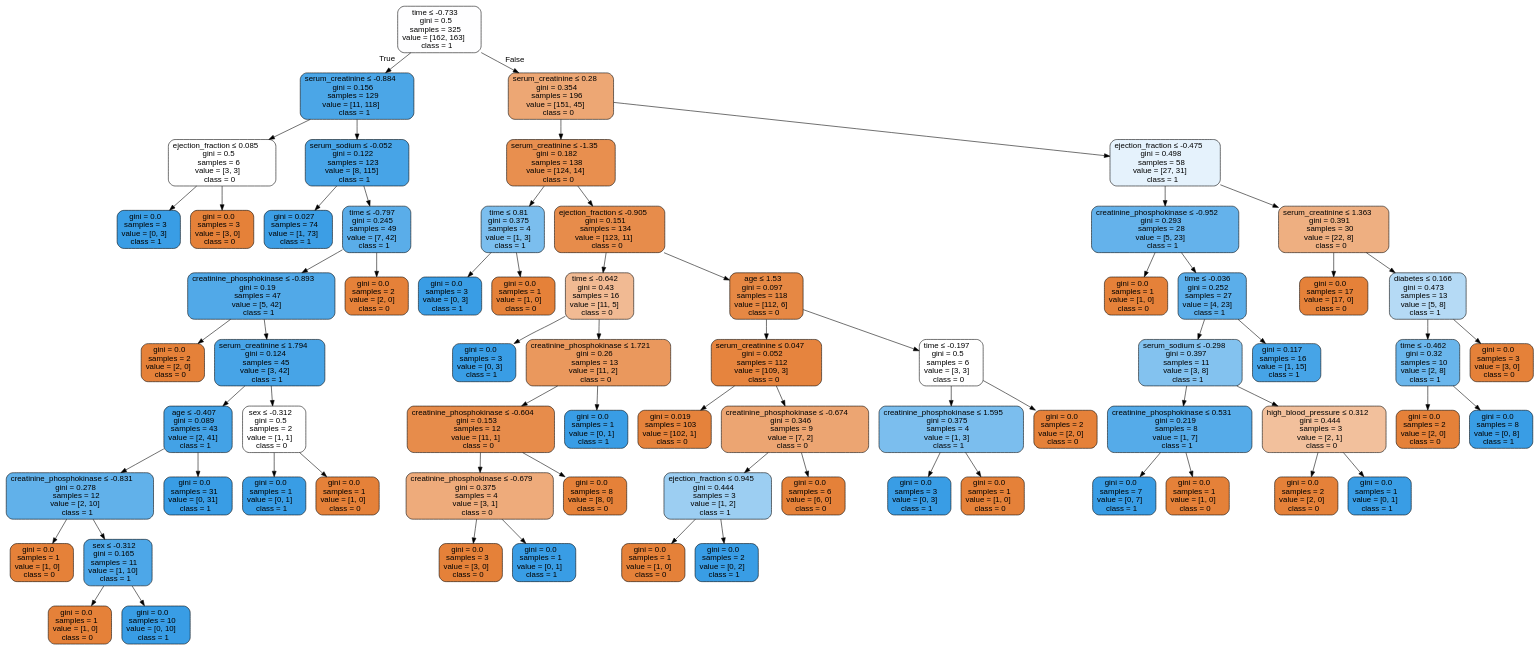
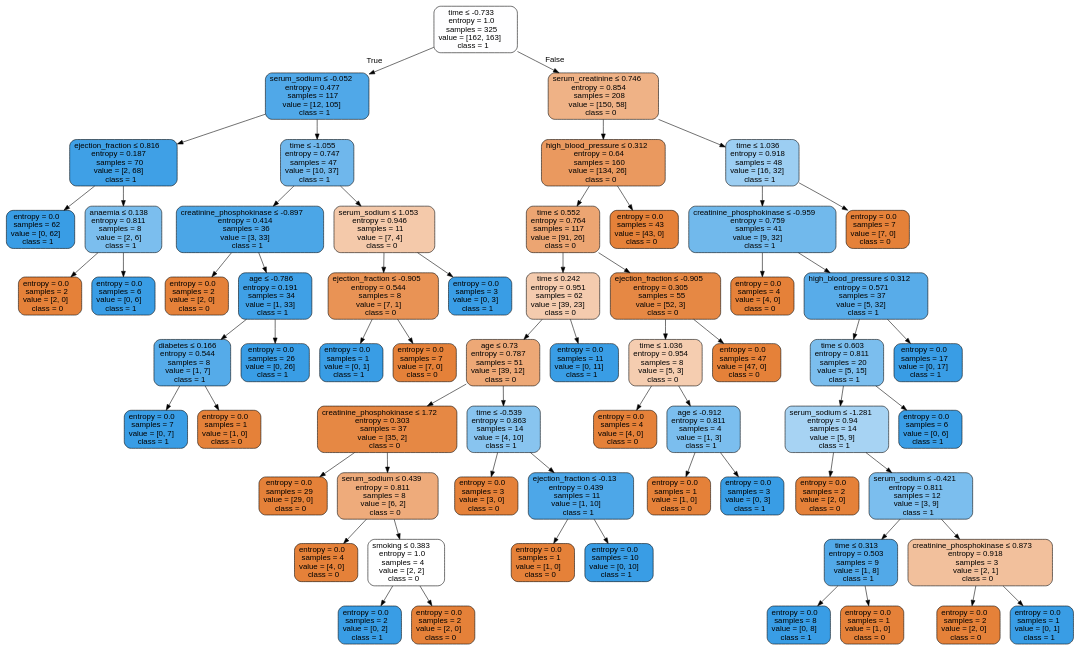
Before and after one commit to isabelSoares/CD-2021: the diagram in Labs/Results/DecisionTrees/FeatureEng/OverSample/HFCR - OverSample - dtree.dot, drawn with Graphviz. The commit also changed 132 other files, not shown here.

```diff
--- a/Labs/Results/DecisionTrees/FeatureEng/OverSample/HFCR - OverSample - dtree.dot
+++ b/Labs/Results/DecisionTrees/FeatureEng/OverSample/HFCR - OverSample - dtree.dot
@@ -1,141 +1,129 @@
 digraph Tree {
 node [shape=box, style="filled, rounded", color="black", fontname=helvetica] ;
 edge [fontname=helvetica] ;
-0 [label=<time &le; -0.733<br/>gini = 0.5<br/>samples = 325<br/>value = [162, 163]<br/>class = 1>, fillcolor="#fefeff"] ;
-1 [label=<serum_creatinine &le; -0.884<br/>gini = 0.156<br/>samples = 129<br/>value = [11, 118]<br/>class = 1>, fillcolor="#4ba6e7"] ;
+0 [label=<time &le; -0.733<br/>entropy = 1.0<br/>samples = 325<br/>value = [162, 163]<br/>class = 1>, fillcolor="#fefeff"] ;
+1 [label=<serum_sodium &le; -0.052<br/>entropy = 0.477<br/>samples = 117<br/>value = [12, 105]<br/>class = 1>, fillcolor="#50a8e8"] ;
 0 -> 1 [labeldistance=2.5, labelangle=45, headlabel="True"] ;
-2 [label=<ejection_fraction &le; 0.085<br/>gini = 0.5<br/>samples = 6<br/>value = [3, 3]<br/>class = 0>, fillcolor="#ffffff"] ;
+2 [label=<ejection_fraction &le; 0.816<br/>entropy = 0.187<br/>samples = 70<br/>value = [2, 68]<br/>class = 1>, fillcolor="#3fa0e6"] ;
 1 -> 2 ;
-3 [label=<gini = 0.0<br/>samples = 3<br/>value = [0, 3]<br/>class = 1>, fillcolor="#399de5"] ;
+3 [label=<entropy = 0.0<br/>samples = 62<br/>value = [0, 62]<br/>class = 1>, fillcolor="#399de5"] ;
 2 -> 3 ;
-4 [label=<gini = 0.0<br/>samples = 3<br/>value = [3, 0]<br/>class = 0>, fillcolor="#e58139"] ;
+4 [label=<anaemia &le; 0.138<br/>entropy = 0.811<br/>samples = 8<br/>value = [2, 6]<br/>class = 1>, fillcolor="#7bbeee"] ;
 2 -> 4 ;
-5 [label=<serum_sodium &le; -0.052<br/>gini = 0.122<br/>samples = 123<br/>value = [8, 115]<br/>class = 1>, fillcolor="#47a4e7"] ;
-1 -> 5 ;
-6 [label=<gini = 0.027<br/>samples = 74<br/>value = [1, 73]<br/>class = 1>, fillcolor="#3c9ee5"] ;
-5 -> 6 ;
-7 [label=<time &le; -0.797<br/>gini = 0.245<br/>samples = 49<br/>value = [7, 42]<br/>class = 1>, fillcolor="#5aade9"] ;
-5 -> 7 ;
-8 [label=<creatinine_phosphokinase &le; -0.893<br/>gini = 0.19<br/>samples = 47<br/>value = [5, 42]<br/>class = 1>, fillcolor="#51a9e8"] ;
+5 [label=<entropy = 0.0<br/>samples = 2<br/>value = [2, 0]<br/>class = 0>, fillcolor="#e58139"] ;
+4 -> 5 ;
+6 [label=<entropy = 0.0<br/>samples = 6<br/>value = [0, 6]<br/>class = 1>, fillcolor="#399de5"] ;
+4 -> 6 ;
+7 [label=<time &le; -1.055<br/>entropy = 0.747<br/>samples = 47<br/>value = [10, 37]<br/>class = 1>, fillcolor="#6fb7ec"] ;
+1 -> 7 ;
+8 [label=<creatinine_phosphokinase &le; -0.897<br/>entropy = 0.414<br/>samples = 36<br/>value = [3, 33]<br/>class = 1>, fillcolor="#4ba6e7"] ;
 7 -> 8 ;
-9 [label=<gini = 0.0<br/>samples = 2<br/>value = [2, 0]<br/>class = 0>, fillcolor="#e58139"] ;
+9 [label=<entropy = 0.0<br/>samples = 2<br/>value = [2, 0]<br/>class = 0>, fillcolor="#e58139"] ;
 8 -> 9 ;
-10 [label=<serum_creatinine &le; 1.794<br/>gini = 0.124<br/>samples = 45<br/>value = [3, 42]<br/>class = 1>, fillcolor="#47a4e7"] ;
+10 [label=<age &le; -0.786<br/>entropy = 0.191<br/>samples = 34<br/>value = [1, 33]<br/>class = 1>, fillcolor="#3fa0e6"] ;
 8 -> 10 ;
-11 [label=<age &le; -0.407<br/>gini = 0.089<br/>samples = 43<br/>value = [2, 41]<br/>class = 1>, fillcolor="#43a2e6"] ;
+11 [label=<diabetes &le; 0.166<br/>entropy = 0.544<br/>samples = 8<br/>value = [1, 7]<br/>class = 1>, fillcolor="#55abe9"] ;
 10 -> 11 ;
-12 [label=<creatinine_phosphokinase &le; -0.831<br/>gini = 0.278<br/>samples = 12<br/>value = [2, 10]<br/>class = 1>, fillcolor="#61b1ea"] ;
+12 [label=<entropy = 0.0<br/>samples = 7<br/>value = [0, 7]<br/>class = 1>, fillcolor="#399de5"] ;
 11 -> 12 ;
-13 [label=<gini = 0.0<br/>samples = 1<br/>value = [1, 0]<br/>class = 0>, fillcolor="#e58139"] ;
-12 -> 13 ;
-14 [label=<sex &le; -0.312<br/>gini = 0.165<br/>samples = 11<br/>value = [1, 10]<br/>class = 1>, fillcolor="#4da7e8"] ;
-12 -> 14 ;
-15 [label=<gini = 0.0<br/>samples = 1<br/>value = [1, 0]<br/>class = 0>, fillcolor="#e58139"] ;
-14 -> 15 ;
-16 [label=<gini = 0.0<br/>samples = 10<br/>value = [0, 10]<br/>class = 1>, fillcolor="#399de5"] ;
-14 -> 16 ;
-17 [label=<gini = 0.0<br/>samples = 31<br/>value = [0, 31]<br/>class = 1>, fillcolor="#399de5"] ;
-11 -> 17 ;
-18 [label=<sex &le; -0.312<br/>gini = 0.5<br/>samples = 2<br/>value = [1, 1]<br/>class = 0>, fillcolor="#ffffff"] ;
-10 -> 18 ;
-19 [label=<gini = 0.0<br/>samples = 1<br/>value = [0, 1]<br/>class = 1>, fillcolor="#399de5"] ;
-18 -> 19 ;
-20 [label=<gini = 0.0<br/>samples = 1<br/>value = [1, 0]<br/>class = 0>, fillcolor="#e58139"] ;
-18 -> 20 ;
-21 [label=<gini = 0.0<br/>samples = 2<br/>value = [2, 0]<br/>class = 0>, fillcolor="#e58139"] ;
-7 -> 21 ;
-22 [label=<serum_creatinine &le; 0.28<br/>gini = 0.354<br/>samples = 196<br/>value = [151, 45]<br/>class = 0>, fillcolor="#eda774"] ;
-0 -> 22 [labeldistance=2.5, labelangle=-45, headlabel="False"] ;
-23 [label=<serum_creatinine &le; -1.35<br/>gini = 0.182<br/>samples = 138<br/>value = [124, 14]<br/>class = 0>, fillcolor="#e88f4f"] ;
+13 [label=<entropy = 0.0<br/>samples = 1<br/>value = [1, 0]<br/>class = 0>, fillcolor="#e58139"] ;
+11 -> 13 ;
+14 [label=<entropy = 0.0<br/>samples = 26<br/>value = [0, 26]<br/>class = 1>, fillcolor="#399de5"] ;
+10 -> 14 ;
+15 [label=<serum_sodium &le; 1.053<br/>entropy = 0.946<br/>samples = 11<br/>value = [7, 4]<br/>class = 0>, fillcolor="#f4c9aa"] ;
+7 -> 15 ;
+16 [label=<ejection_fraction &le; -0.905<br/>entropy = 0.544<br/>samples = 8<br/>value = [7, 1]<br/>class = 0>, fillcolor="#e99355"] ;
+15 -> 16 ;
+17 [label=<entropy = 0.0<br/>samples = 1<br/>value = [0, 1]<br/>class = 1>, fillcolor="#399de5"] ;
+16 -> 17 ;
+18 [label=<entropy = 0.0<br/>samples = 7<br/>value = [7, 0]<br/>class = 0>, fillcolor="#e58139"] ;
+16 -> 18 ;
+19 [label=<entropy = 0.0<br/>samples = 3<br/>value = [0, 3]<br/>class = 1>, fillcolor="#399de5"] ;
+15 -> 19 ;
+20 [label=<serum_creatinine &le; 0.746<br/>entropy = 0.854<br/>samples = 208<br/>value = [150, 58]<br/>class = 0>, fillcolor="#efb286"] ;
+0 -> 20 [labeldistance=2.5, labelangle=-45, headlabel="False"] ;
+21 [label=<high_blood_pressure &le; 0.312<br/>entropy = 0.64<br/>samples = 160<br/>value = [134, 26]<br/>class = 0>, fillcolor="#ea995f"] ;
+20 -> 21 ;
+22 [label=<time &le; 0.552<br/>entropy = 0.764<br/>samples = 117<br/>value = [91, 26]<br/>class = 0>, fillcolor="#eca572"] ;
+21 -> 22 ;
+23 [label=<time &le; 0.242<br/>entropy = 0.951<br/>samples = 62<br/>value = [39, 23]<br/>class = 0>, fillcolor="#f4cbae"] ;
 22 -> 23 ;
-24 [label=<time &le; 0.81<br/>gini = 0.375<br/>samples = 4<br/>value = [1, 3]<br/>class = 1>, fillcolor="#7bbeee"] ;
+24 [label=<age &le; 0.73<br/>entropy = 0.787<br/>samples = 51<br/>value = [39, 12]<br/>class = 0>, fillcolor="#eda876"] ;
 23 -> 24 ;
-25 [label=<gini = 0.0<br/>samples = 3<br/>value = [0, 3]<br/>class = 1>, fillcolor="#399de5"] ;
+25 [label=<creatinine_phosphokinase &le; 1.72<br/>entropy = 0.303<br/>samples = 37<br/>value = [35, 2]<br/>class = 0>, fillcolor="#e68844"] ;
 24 -> 25 ;
-26 [label=<gini = 0.0<br/>samples = 1<br/>value = [1, 0]<br/>class = 0>, fillcolor="#e58139"] ;
-24 -> 26 ;
-27 [label=<ejection_fraction &le; -0.905<br/>gini = 0.151<br/>samples = 134<br/>value = [123, 11]<br/>class = 0>, fillcolor="#e78c4b"] ;
-23 -> 27 ;
-28 [label=<time &le; -0.642<br/>gini = 0.43<br/>samples = 16<br/>value = [11, 5]<br/>class = 0>, fillcolor="#f1ba93"] ;
+26 [label=<entropy = 0.0<br/>samples = 29<br/>value = [29, 0]<br/>class = 0>, fillcolor="#e58139"] ;
+25 -> 26 ;
+27 [label=<serum_sodium &le; 0.439<br/>entropy = 0.811<br/>samples = 8<br/>value = [6, 2]<br/>class = 0>, fillcolor="#eeab7b"] ;
+25 -> 27 ;
+28 [label=<entropy = 0.0<br/>samples = 4<br/>value = [4, 0]<br/>class = 0>, fillcolor="#e58139"] ;
 27 -> 28 ;
-29 [label=<gini = 0.0<br/>samples = 3<br/>value = [0, 3]<br/>class = 1>, fillcolor="#399de5"] ;
-28 -> 29 ;
-30 [label=<creatinine_phosphokinase &le; 1.721<br/>gini = 0.26<br/>samples = 13<br/>value = [11, 2]<br/>class = 0>, fillcolor="#ea985d"] ;
-28 -> 30 ;
-31 [label=<creatinine_phosphokinase &le; -0.604<br/>gini = 0.153<br/>samples = 12<br/>value = [11, 1]<br/>class = 0>, fillcolor="#e78c4b"] ;
-30 -> 31 ;
-32 [label=<creatinine_phosphokinase &le; -0.679<br/>gini = 0.375<br/>samples = 4<br/>value = [3, 1]<br/>class = 0>, fillcolor="#eeab7b"] ;
-31 -> 32 ;
-33 [label=<gini = 0.0<br/>samples = 3<br/>value = [3, 0]<br/>class = 0>, fillcolor="#e58139"] ;
+29 [label=<smoking &le; 0.383<br/>entropy = 1.0<br/>samples = 4<br/>value = [2, 2]<br/>class = 0>, fillcolor="#ffffff"] ;
+27 -> 29 ;
+30 [label=<entropy = 0.0<br/>samples = 2<br/>value = [0, 2]<br/>class = 1>, fillcolor="#399de5"] ;
+29 -> 30 ;
+31 [label=<entropy = 0.0<br/>samples = 2<br/>value = [2, 0]<br/>class = 0>, fillcolor="#e58139"] ;
+29 -> 31 ;
+32 [label=<time &le; -0.539<br/>entropy = 0.863<br/>samples = 14<br/>value = [4, 10]<br/>class = 1>, fillcolor="#88c4ef"] ;
+24 -> 32 ;
+33 [label=<entropy = 0.0<br/>samples = 3<br/>value = [3, 0]<br/>class = 0>, fillcolor="#e58139"] ;
 32 -> 33 ;
-34 [label=<gini = 0.0<br/>samples = 1<br/>value = [0, 1]<br/>class = 1>, fillcolor="#399de5"] ;
+34 [label=<ejection_fraction &le; -0.13<br/>entropy = 0.439<br/>samples = 11<br/>value = [1, 10]<br/>class = 1>, fillcolor="#4da7e8"] ;
 32 -> 34 ;
-35 [label=<gini = 0.0<br/>samples = 8<br/>value = [8, 0]<br/>class = 0>, fillcolor="#e58139"] ;
-31 -> 35 ;
-36 [label=<gini = 0.0<br/>samples = 1<br/>value = [0, 1]<br/>class = 1>, fillcolor="#399de5"] ;
-30 -> 36 ;
-37 [label=<age &le; 1.53<br/>gini = 0.097<br/>samples = 118<br/>value = [112, 6]<br/>class = 0>, fillcolor="#e68844"] ;
-27 -> 37 ;
-38 [label=<serum_creatinine &le; 0.047<br/>gini = 0.052<br/>samples = 112<br/>value = [109, 3]<br/>class = 0>, fillcolor="#e6843e"] ;
-37 -> 38 ;
-39 [label=<gini = 0.019<br/>samples = 103<br/>value = [102, 1]<br/>class = 0>, fillcolor="#e5823b"] ;
+35 [label=<entropy = 0.0<br/>samples = 1<br/>value = [1, 0]<br/>class = 0>, fillcolor="#e58139"] ;
+34 -> 35 ;
+36 [label=<entropy = 0.0<br/>samples = 10<br/>value = [0, 10]<br/>class = 1>, fillcolor="#399de5"] ;
+34 -> 36 ;
+37 [label=<entropy = 0.0<br/>samples = 11<br/>value = [0, 11]<br/>class = 1>, fillcolor="#399de5"] ;
+23 -> 37 ;
+38 [label=<ejection_fraction &le; -0.905<br/>entropy = 0.305<br/>samples = 55<br/>value = [52, 3]<br/>class = 0>, fillcolor="#e68844"] ;
+22 -> 38 ;
+39 [label=<time &le; 1.036<br/>entropy = 0.954<br/>samples = 8<br/>value = [5, 3]<br/>class = 0>, fillcolor="#f5cdb0"] ;
 38 -> 39 ;
-40 [label=<creatinine_phosphokinase &le; -0.674<br/>gini = 0.346<br/>samples = 9<br/>value = [7, 2]<br/>class = 0>, fillcolor="#eca572"] ;
-38 -> 40 ;
-41 [label=<ejection_fraction &le; 0.945<br/>gini = 0.444<br/>samples = 3<br/>value = [1, 2]<br/>class = 1>, fillcolor="#9ccef2"] ;
-40 -> 41 ;
-42 [label=<gini = 0.0<br/>samples = 1<br/>value = [1, 0]<br/>class = 0>, fillcolor="#e58139"] ;
+40 [label=<entropy = 0.0<br/>samples = 4<br/>value = [4, 0]<br/>class = 0>, fillcolor="#e58139"] ;
+39 -> 40 ;
+41 [label=<age &le; -0.912<br/>entropy = 0.811<br/>samples = 4<br/>value = [1, 3]<br/>class = 1>, fillcolor="#7bbeee"] ;
+39 -> 41 ;
+42 [label=<entropy = 0.0<br/>samples = 1<br/>value = [1, 0]<br/>class = 0>, fillcolor="#e58139"] ;
 41 -> 42 ;
-43 [label=<gini = 0.0<br/>samples = 2<br/>value = [0, 2]<br/>class = 1>, fillcolor="#399de5"] ;
+43 [label=<entropy = 0.0<br/>samples = 3<br/>value = [0, 3]<br/>class = 1>, fillcolor="#399de5"] ;
 41 -> 43 ;
-44 [label=<gini = 0.0<br/>samples = 6<br/>value = [6, 0]<br/>class = 0>, fillcolor="#e58139"] ;
-40 -> 44 ;
-45 [label=<time &le; -0.197<br/>gini = 0.5<br/>samples = 6<br/>value = [3, 3]<br/>class = 0>, fillcolor="#ffffff"] ;
-37 -> 45 ;
-46 [label=<creatinine_phosphokinase &le; 1.595<br/>gini = 0.375<br/>samples = 4<br/>value = [1, 3]<br/>class = 1>, fillcolor="#7bbeee"] ;
-45 -> 46 ;
-47 [label=<gini = 0.0<br/>samples = 3<br/>value = [0, 3]<br/>class = 1>, fillcolor="#399de5"] ;
+44 [label=<entropy = 0.0<br/>samples = 47<br/>value = [47, 0]<br/>class = 0>, fillcolor="#e58139"] ;
+38 -> 44 ;
+45 [label=<entropy = 0.0<br/>samples = 43<br/>value = [43, 0]<br/>class = 0>, fillcolor="#e58139"] ;
+21 -> 45 ;
+46 [label=<time &le; 1.036<br/>entropy = 0.918<br/>samples = 48<br/>value = [16, 32]<br/>class = 1>, fillcolor="#9ccef2"] ;
+20 -> 46 ;
+47 [label=<creatinine_phosphokinase &le; -0.959<br/>entropy = 0.759<br/>samples = 41<br/>value = [9, 32]<br/>class = 1>, fillcolor="#71b9ec"] ;
 46 -> 47 ;
-48 [label=<gini = 0.0<br/>samples = 1<br/>value = [1, 0]<br/>class = 0>, fillcolor="#e58139"] ;
-46 -> 48 ;
-49 [label=<gini = 0.0<br/>samples = 2<br/>value = [2, 0]<br/>class = 0>, fillcolor="#e58139"] ;
-45 -> 49 ;
-50 [label=<ejection_fraction &le; -0.475<br/>gini = 0.498<br/>samples = 58<br/>value = [27, 31]<br/>class = 1>, fillcolor="#e5f2fc"] ;
-22 -> 50 ;
-51 [label=<creatinine_phosphokinase &le; -0.952<br/>gini = 0.293<br/>samples = 28<br/>value = [5, 23]<br/>class = 1>, fillcolor="#64b2eb"] ;
+48 [label=<entropy = 0.0<br/>samples = 4<br/>value = [4, 0]<br/>class = 0>, fillcolor="#e58139"] ;
+47 -> 48 ;
+49 [label=<high_blood_pressure &le; 0.312<br/>entropy = 0.571<br/>samples = 37<br/>value = [5, 32]<br/>class = 1>, fillcolor="#58ace9"] ;
+47 -> 49 ;
+50 [label=<time &le; 0.603<br/>entropy = 0.811<br/>samples = 20<br/>value = [5, 15]<br/>class = 1>, fillcolor="#7bbeee"] ;
+49 -> 50 ;
+51 [label=<serum_sodium &le; -1.281<br/>entropy = 0.94<br/>samples = 14<br/>value = [5, 9]<br/>class = 1>, fillcolor="#a7d3f3"] ;
 50 -> 51 ;
-52 [label=<gini = 0.0<br/>samples = 1<br/>value = [1, 0]<br/>class = 0>, fillcolor="#e58139"] ;
+52 [label=<entropy = 0.0<br/>samples = 2<br/>value = [2, 0]<br/>class = 0>, fillcolor="#e58139"] ;
 51 -> 52 ;
-53 [label=<time &le; -0.036<br/>gini = 0.252<br/>samples = 27<br/>value = [4, 23]<br/>class = 1>, fillcolor="#5baeea"] ;
+53 [label=<serum_sodium &le; -0.421<br/>entropy = 0.811<br/>samples = 12<br/>value = [3, 9]<br/>class = 1>, fillcolor="#7bbeee"] ;
 51 -> 53 ;
-54 [label=<serum_sodium &le; -0.298<br/>gini = 0.397<br/>samples = 11<br/>value = [3, 8]<br/>class = 1>, fillcolor="#83c2ef"] ;
+54 [label=<time &le; 0.313<br/>entropy = 0.503<br/>samples = 9<br/>value = [1, 8]<br/>class = 1>, fillcolor="#52a9e8"] ;
 53 -> 54 ;
-55 [label=<creatinine_phosphokinase &le; 0.531<br/>gini = 0.219<br/>samples = 8<br/>value = [1, 7]<br/>class = 1>, fillcolor="#55abe9"] ;
+55 [label=<entropy = 0.0<br/>samples = 8<br/>value = [0, 8]<br/>class = 1>, fillcolor="#399de5"] ;
 54 -> 55 ;
-56 [label=<gini = 0.0<br/>samples = 7<br/>value = [0, 7]<br/>class = 1>, fillcolor="#399de5"] ;
-55 -> 56 ;
-57 [label=<gini = 0.0<br/>samples = 1<br/>value = [1, 0]<br/>class = 0>, fillcolor="#e58139"] ;
-55 -> 57 ;
-58 [label=<high_blood_pressure &le; 0.312<br/>gini = 0.444<br/>samples = 3<br/>value = [2, 1]<br/>class = 0>, fillcolor="#f2c09c"] ;
-54 -> 58 ;
-59 [label=<gini = 0.0<br/>samples = 2<br/>value = [2, 0]<br/>class = 0>, fillcolor="#e58139"] ;
-58 -> 59 ;
-60 [label=<gini = 0.0<br/>samples = 1<br/>value = [0, 1]<br/>class = 1>, fillcolor="#399de5"] ;
-58 -> 60 ;
-61 [label=<gini = 0.117<br/>samples = 16<br/>value = [1, 15]<br/>class = 1>, fillcolor="#46a4e7"] ;
-53 -> 61 ;
-62 [label=<serum_creatinine &le; 1.363<br/>gini = 0.391<br/>samples = 30<br/>value = [22, 8]<br/>class = 0>, fillcolor="#eeaf81"] ;
-50 -> 62 ;
-63 [label=<gini = 0.0<br/>samples = 17<br/>value = [17, 0]<br/>class = 0>, fillcolor="#e58139"] ;
-62 -> 63 ;
-64 [label=<diabetes &le; 0.166<br/>gini = 0.473<br/>samples = 13<br/>value = [5, 8]<br/>class = 1>, fillcolor="#b5daf5"] ;
-62 -> 64 ;
-65 [label=<time &le; -0.462<br/>gini = 0.32<br/>samples = 10<br/>value = [2, 8]<br/>class = 1>, fillcolor="#6ab6ec"] ;
-64 -> 65 ;
-66 [label=<gini = 0.0<br/>samples = 2<br/>value = [2, 0]<br/>class = 0>, fillcolor="#e58139"] ;
-65 -> 66 ;
-67 [label=<gini = 0.0<br/>samples = 8<br/>value = [0, 8]<br/>class = 1>, fillcolor="#399de5"] ;
-65 -> 67 ;
-68 [label=<gini = 0.0<br/>samples = 3<br/>value = [3, 0]<br/>class = 0>, fillcolor="#e58139"] ;
-64 -> 68 ;
+56 [label=<entropy = 0.0<br/>samples = 1<br/>value = [1, 0]<br/>class = 0>, fillcolor="#e58139"] ;
+54 -> 56 ;
+57 [label=<creatinine_phosphokinase &le; 0.873<br/>entropy = 0.918<br/>samples = 3<br/>value = [2, 1]<br/>class = 0>, fillcolor="#f2c09c"] ;
+53 -> 57 ;
+58 [label=<entropy = 0.0<br/>samples = 2<br/>value = [2, 0]<br/>class = 0>, fillcolor="#e58139"] ;
+57 -> 58 ;
+59 [label=<entropy = 0.0<br/>samples = 1<br/>value = [0, 1]<br/>class = 1>, fillcolor="#399de5"] ;
+57 -> 59 ;
+60 [label=<entropy = 0.0<br/>samples = 6<br/>value = [0, 6]<br/>class = 1>, fillcolor="#399de5"] ;
+50 -> 60 ;
+61 [label=<entropy = 0.0<br/>samples = 17<br/>value = [0, 17]<br/>class = 1>, fillcolor="#399de5"] ;
+49 -> 61 ;
+62 [label=<entropy = 0.0<br/>samples = 7<br/>value = [7, 0]<br/>class = 0>, fillcolor="#e58139"] ;
+46 -> 62 ;
 }
```
